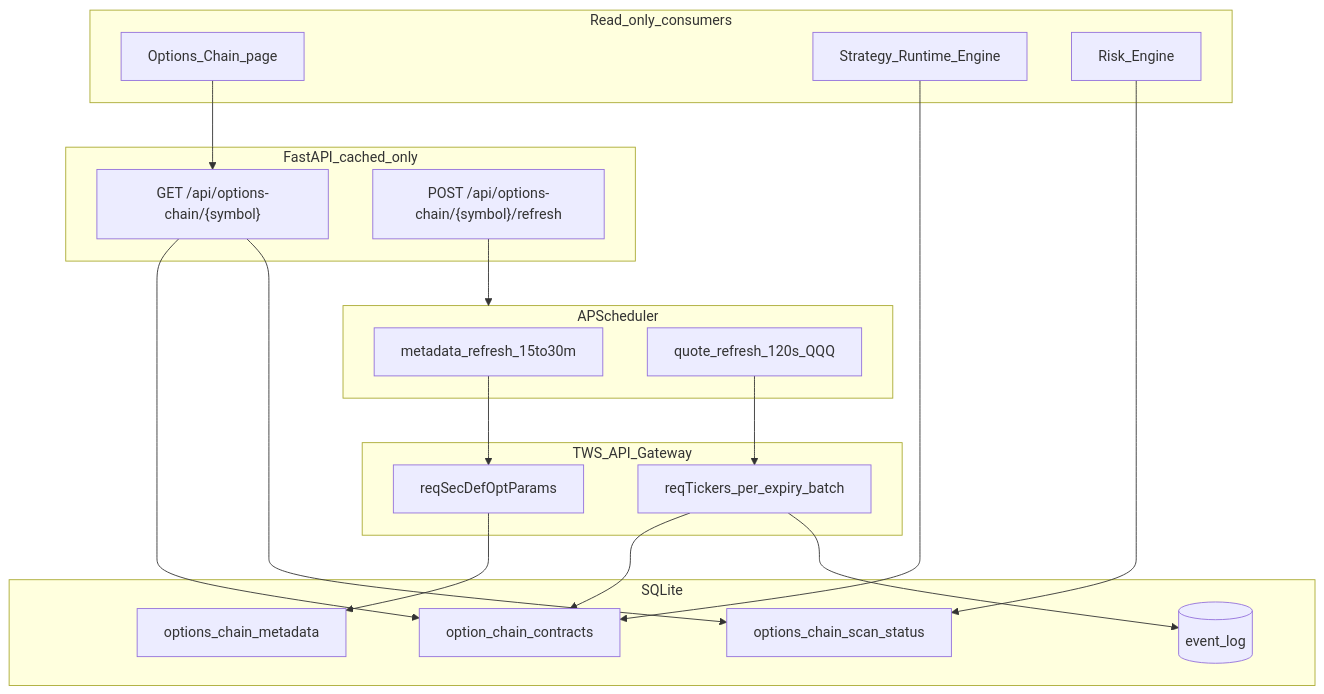
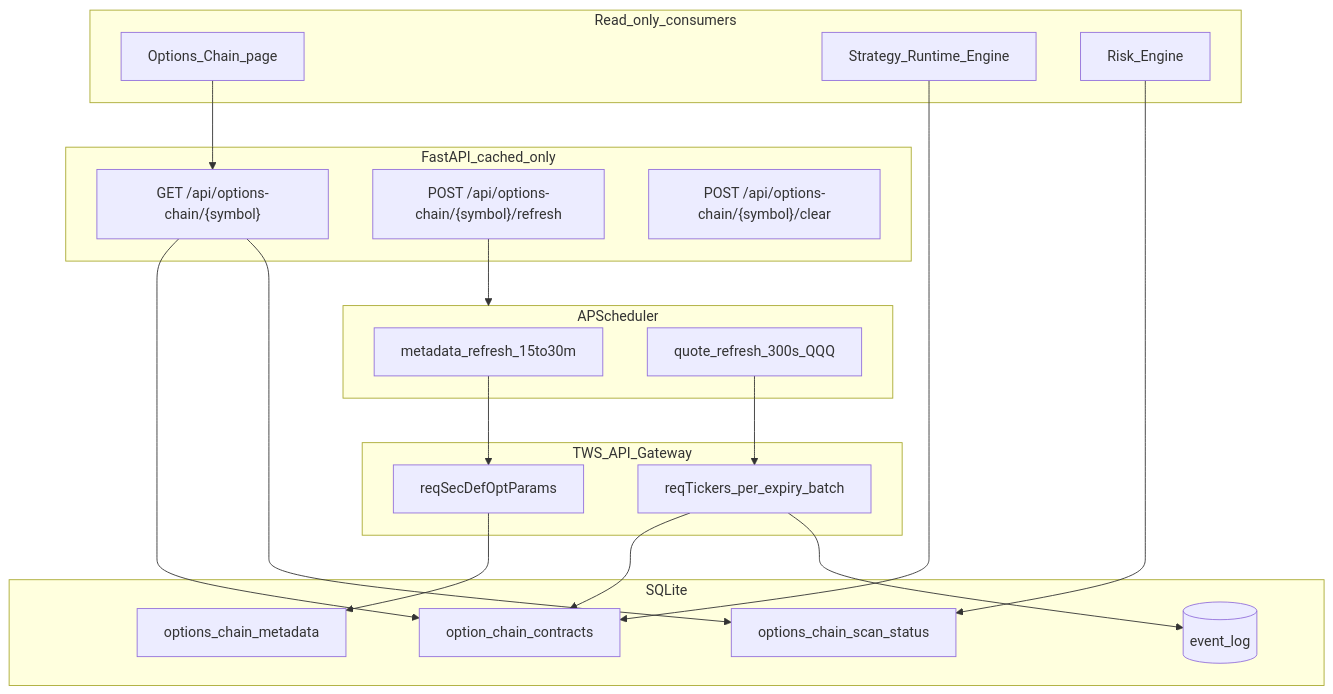
The fourth of 5 diagrams in Billion-Dollar-Architecture-Reference.md (aktaksh/Billion_Dollar), drawn with Mermaid before and after one commit. The commit also changed other lines of this file and 123 other files, not shown here.

````diff
--- a/Billion-Dollar-Architecture-Reference.md
+++ b/Billion-Dollar-Architecture-Reference.md
@@ -935,35 +935,36 @@
 ```mermaid
 flowchart TD
   subgraph scheduler [APScheduler]
     MetaJob[metadata_refresh_15to30m]
-    QuoteJob[quote_refresh_120s_QQQ]
+    QuoteJob[quote_refresh_300s_QQQ]
   end
   subgraph gateway [TWS_API_Gateway]
     SecDef[reqSecDefOptParams]
     BatchQuotes[reqTickers_per_expiry_batch]
   end
   subgraph storage [SQLite]
     MetaTbl[options_chain_metadata]
     QuoteTbl[option_chain_contracts]
     StatusTbl[options_chain_scan_status]
     Events[(event_log)]
   end
   subgraph api [FastAPI_cached_only]
     GET_chain["GET /api/options-chain/{symbol}"]
     POST_refresh["POST /api/options-chain/{symbol}/refresh"]
+    POST_clear["POST /api/options-chain/{symbol}/clear"]
   end
   subgraph consumers [Read_only_consumers]
     OptPage[Options_Chain_page]
     StratBuilder[Strategy_Runtime_Engine]
     RiskEng[Risk_Engine]
   end
   MetaJob --> SecDef --> MetaTbl
   QuoteJob --> BatchQuotes --> QuoteTbl
   BatchQuotes --> Events
   GET_chain --> QuoteTbl
   GET_chain --> StatusTbl
   POST_refresh --> scheduler
   OptPage --> GET_chain
   StratBuilder --> QuoteTbl
   RiskEng --> StatusTbl
 ```
````
